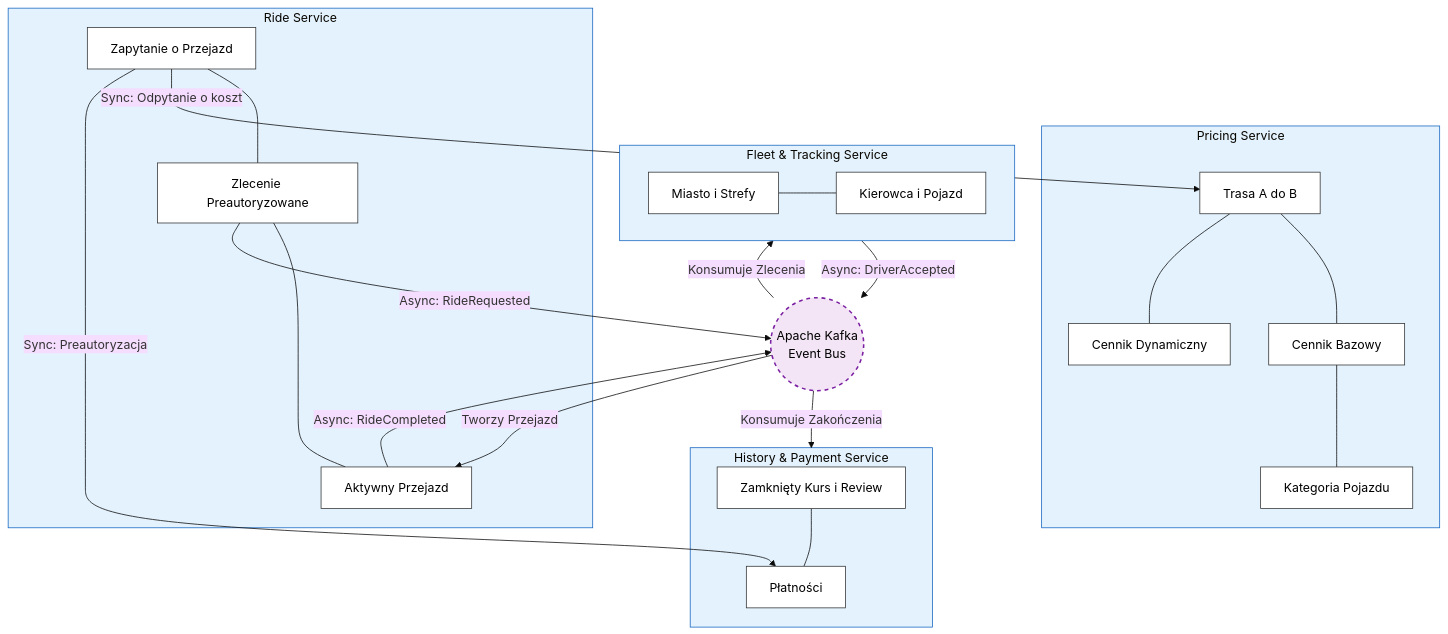
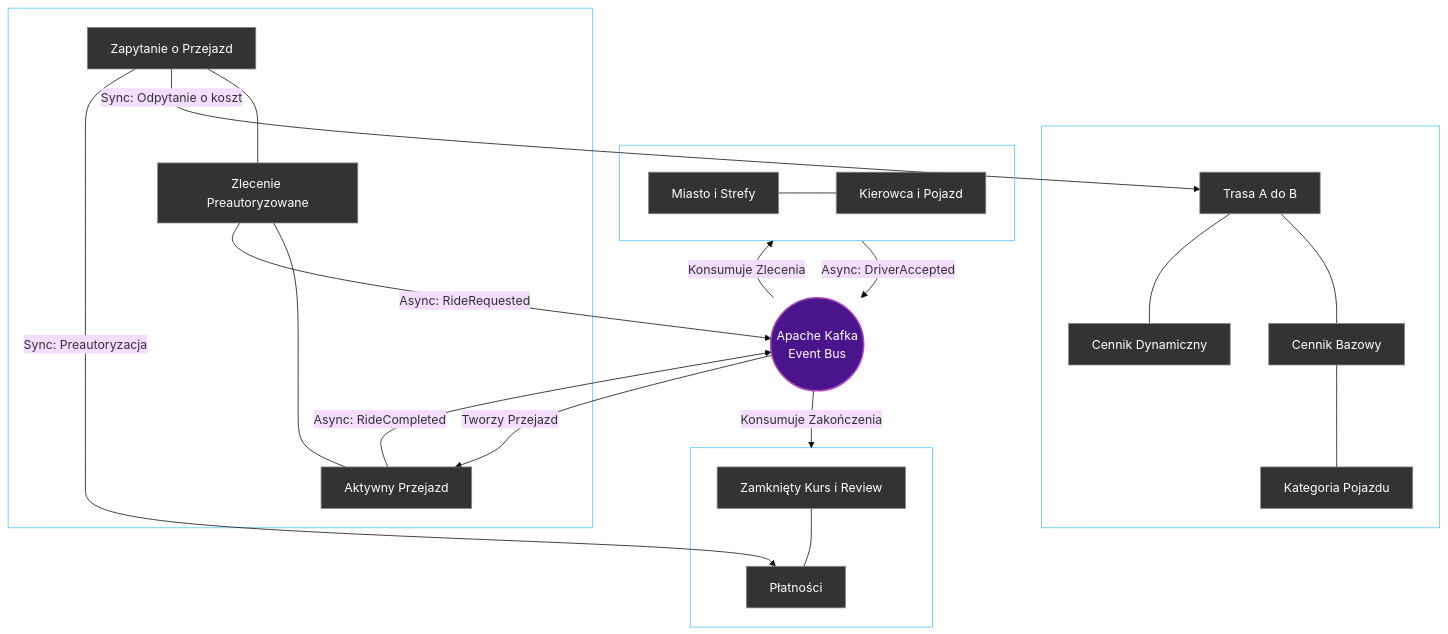
One commit to Quanarie/halt changed the diagram in Agregaty-serwisy.md. Above: the diagram before and after it, drawn with Mermaid (base theme).

````diff
--- a/Agregaty-serwisy.md
+++ b/Agregaty-serwisy.md
@@ -1,57 +1,57 @@
 ```mermaid
 graph TD
-    classDef service fill:#e3f2fd,stroke:#1565c0,stroke-width:2px,color:#000;
-    classDef aggregate fill:#fff,stroke:#333,stroke-width:1px,color:#000;
-    classDef external fill:#f3e5f5,stroke:#7b1fa2,stroke-width:2px,stroke-dasharray: 5 5,color:#000;
+    classDef service fill:none,stroke:#4fc3f7,stroke-width:2px,color:#fff,stroke-dasharray: 5 5;
+    classDef aggregate fill:#333,stroke:#888,stroke-width:1px,color:#fff;
+    classDef external fill:#4a148c,stroke:#ab47bc,stroke-width:2px,color:#fff;
 
     subgraph Pricing_Service [Pricing Service]
         CB[Cennik Bazowy]:::aggregate
         KP[Kategoria Pojazdu]:::aggregate
         CD[Cennik Dynamiczny]:::aggregate
         TR[Trasa A do B]:::aggregate
     end
 
     subgraph Fleet_Service [Fleet & Tracking Service]
         M[Miasto i Strefy]:::aggregate
         K[Kierowca i Pojazd]:::aggregate
     end
 
     subgraph Ride_Service [Ride Service]
         ZAP[Zapytanie o Przejazd]:::aggregate
         ZLE[Zlecenie Preautoryzowane]:::aggregate
         PR[Aktywny Przejazd]:::aggregate
     end
 
     subgraph History_Service [History & Payment Service]
         HR[Zamknięty Kurs i Review]:::aggregate
         PAY[Płatności]:::aggregate
     end
 
     KAFKA((Apache Kafka<br>Event Bus)):::external
 
     %% Relacje wewnątrz serwisów
     CB --- KP
     TR --- CB
     TR --- CD
     ZAP --- ZLE
     ZLE --- PR
     HR --- PAY
     M --- K
 
     %% Komunikacja Synchroniczna (REST/gRPC)
     ZAP -->|Sync: Odpytanie o koszt| TR
     ZAP -->|Sync: Preautoryzacja| PAY
 
     %% Komunikacja Asynchroniczna (KAFKA)
     ZLE -->|Async: RideRequested| KAFKA
     KAFKA -->|Konsumuje Zlecenia| Fleet_Service
     Fleet_Service -->|Async: DriverAccepted| KAFKA
     KAFKA -->|Tworzy Przejazd| PR
     PR -->|Async: RideCompleted| KAFKA
     KAFKA -->|Konsumuje Zakończenia| History_Service
 
-    style Pricing_Service fill:#e3f2fd,stroke:#1565c0
-    style Fleet_Service fill:#e3f2fd,stroke:#1565c0
-    style Ride_Service fill:#e3f2fd,stroke:#1565c0
-    style History_Service fill:#e3f2fd,stroke:#1565c0
+    style Pricing_Service fill:none,stroke:#4fc3f7,color:#fff
+    style Fleet_Service fill:none,stroke:#4fc3f7,color:#fff
+    style Ride_Service fill:none,stroke:#4fc3f7,color:#fff
+    style History_Service fill:none,stroke:#4fc3f7,color:#fff
 ```
````
